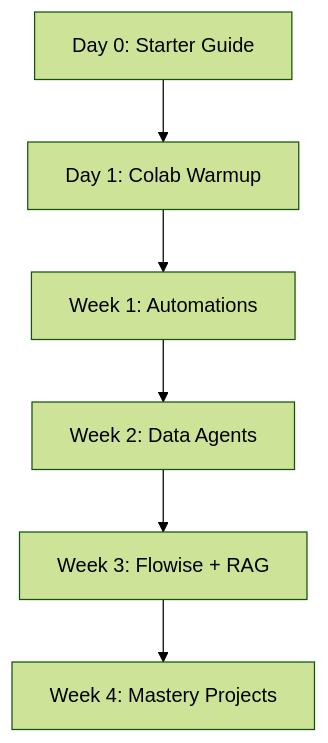
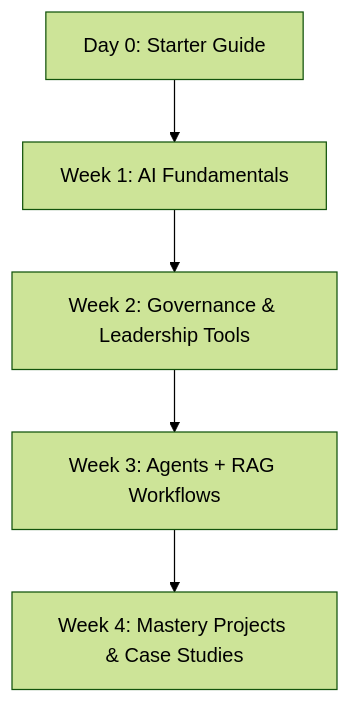
The second of 2 diagrams in docs/vibe-coding-starter-guide.md (emcdo411/ai-agent-mastery-20days), drawn with Mermaid before and after one commit. The commit also changed other lines of this file, not shown here.

````diff
--- a/docs/vibe-coding-starter-guide.md
+++ b/docs/vibe-coding-starter-guide.md
@@ -126,9 +107,8 @@
 ```mermaid
 %%{ init: { 'theme': 'forest' } }%%
 graph TD
-  D0["Day 0: Starter Guide"] --> D1["Day 1: Colab Warmup"]
-  D1 --> D7["Week 1: Automations"]
-  D7 --> D14["Week 2: Data Agents"]
-  D14 --> D21["Week 3: Flowise + RAG"]
-  D21 --> D28["Week 4: Mastery Projects"]
+  D0["Day 0: Starter Guide"] --> D1["Week 1: AI Fundamentals"]
+  D1 --> D7["Week 2: Governance & Leadership Tools"]
+  D7 --> D14["Week 3: Agents + RAG Workflows"]
+  D14 --> D21["Week 4: Mastery Projects & Case Studies"]
 ```
````
